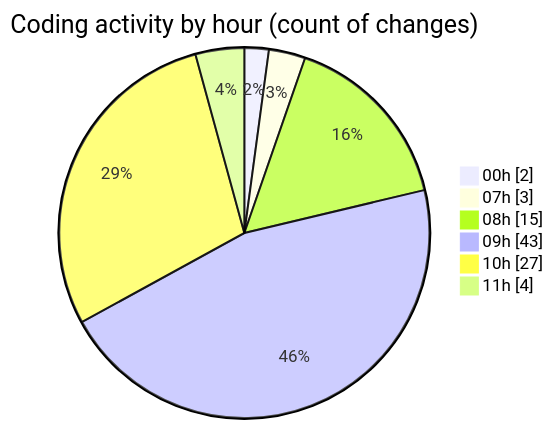
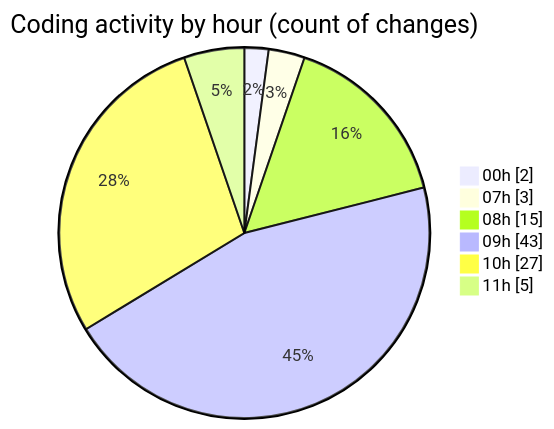
One commit to donsfak/code-tracking changed the second of 2 diagrams in 2025-02-10/maps_clone/README.md. Above: the diagram before and after it, drawn with Mermaid. The commit also changed other lines of this file and 1 other file, not shown here.

````diff
--- a/2025-02-10/maps_clone/README.md
+++ b/2025-02-10/maps_clone/README.md
@@ -42,10 +44,10 @@
 ```mermaid
 pie showData
 title Coding activity by hour (count of changes)
 "00h" : 2
 "07h" : 3
 "08h" : 15
 "09h" : 43
 "10h" : 27
-"11h" : 4
+"11h" : 5
 ```
````
